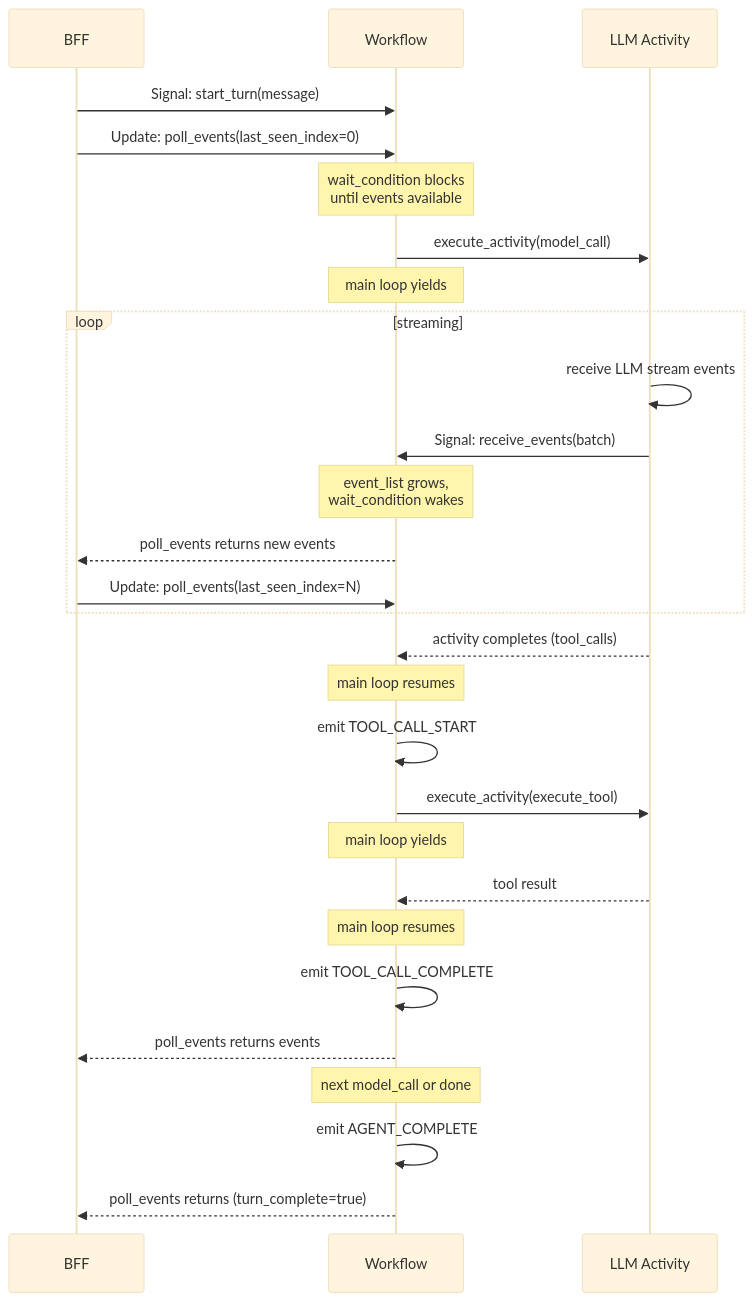
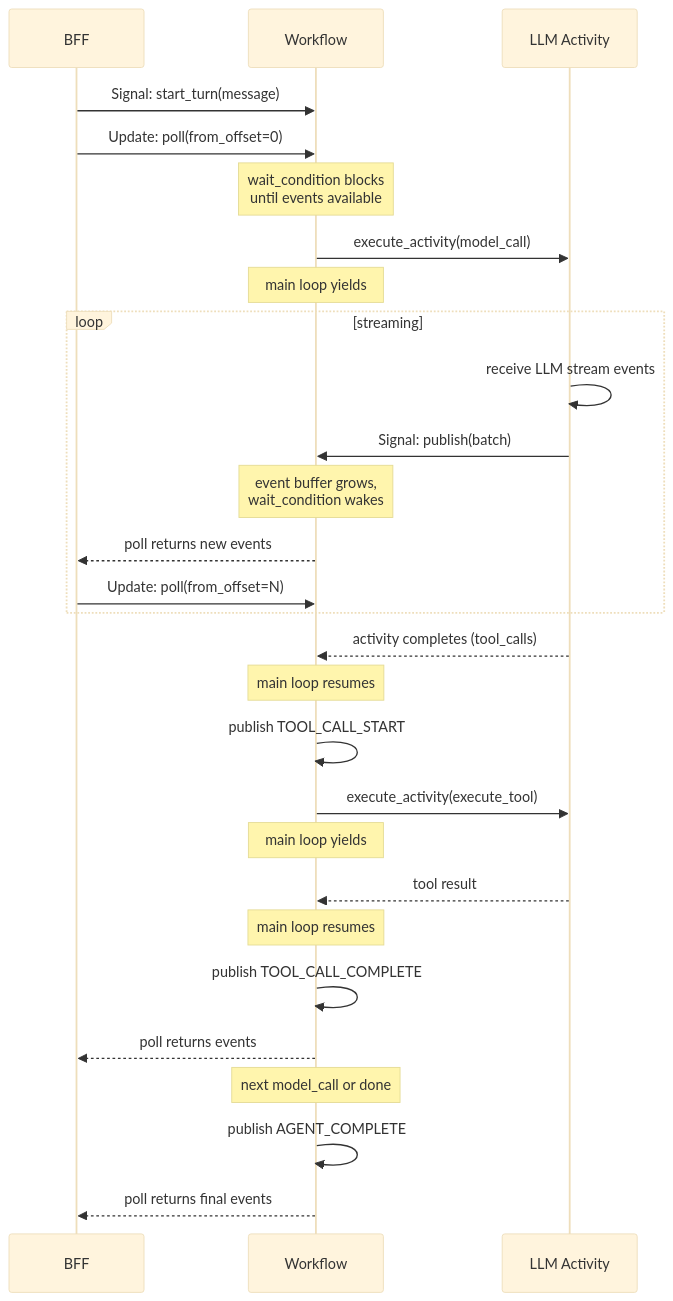
Before and after one commit to jssmith/temporal-streaming-agents-samples: the fifth of 5 diagrams in README.md, drawn with Mermaid (base theme). The commit also changed other lines of this file and 2 other files, not shown here.

````diff
--- a/README.md
+++ b/README.md
@@ -232,37 +188,37 @@
 ```mermaid
 sequenceDiagram
     participant BFF
     participant W as Workflow
     participant A as LLM Activity
 
     BFF->>W: Signal: start_turn(message)
-    BFF->>W: Update: poll_events(last_seen_index=0)
+    BFF->>W: Update: poll(from_offset=0)
     Note over W: wait_condition blocks<br/>until events available
 
     W->>A: execute_activity(model_call)
     Note over W: main loop yields
 
     loop streaming
         A->>A: receive LLM stream events
-        A->>W: Signal: receive_events(batch)
-        Note over W: event_list grows,<br/>wait_condition wakes
-        W-->>BFF: poll_events returns new events
-        BFF->>W: Update: poll_events(last_seen_index=N)
+        A->>W: Signal: publish(batch)
+        Note over W: event buffer grows,<br/>wait_condition wakes
+        W-->>BFF: poll returns new events
+        BFF->>W: Update: poll(from_offset=N)
     end
 
     A-->>W: activity completes (tool_calls)
     Note over W: main loop resumes
-    W->>W: emit TOOL_CALL_START
+    W->>W: publish TOOL_CALL_START
 
     W->>A: execute_activity(execute_tool)
     Note over W: main loop yields
     A-->>W: tool result
     Note over W: main loop resumes
-    W->>W: emit TOOL_CALL_COMPLETE
-    W-->>BFF: poll_events returns events
+    W->>W: publish TOOL_CALL_COMPLETE
+    W-->>BFF: poll returns events
 
     Note over W: next model_call or done
 
-    W->>W: emit AGENT_COMPLETE
-    W-->>BFF: poll_events returns (turn_complete=true)
+    W->>W: publish AGENT_COMPLETE
+    W-->>BFF: poll returns final events
 ```
````
